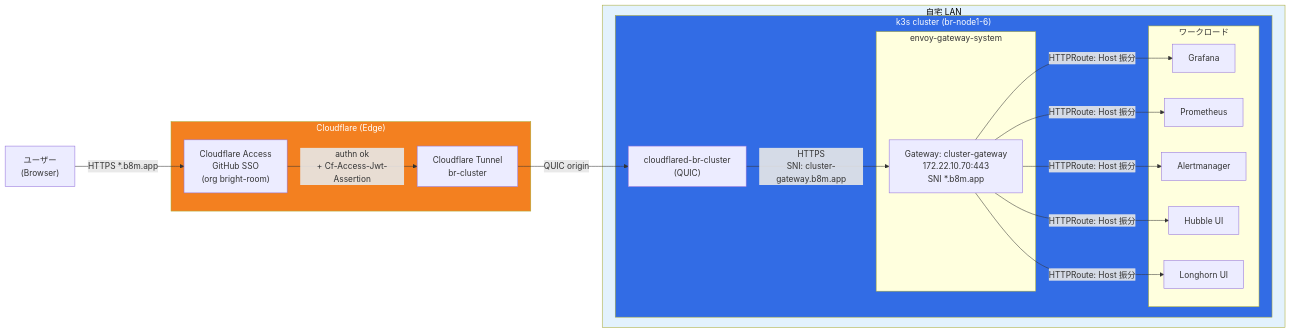
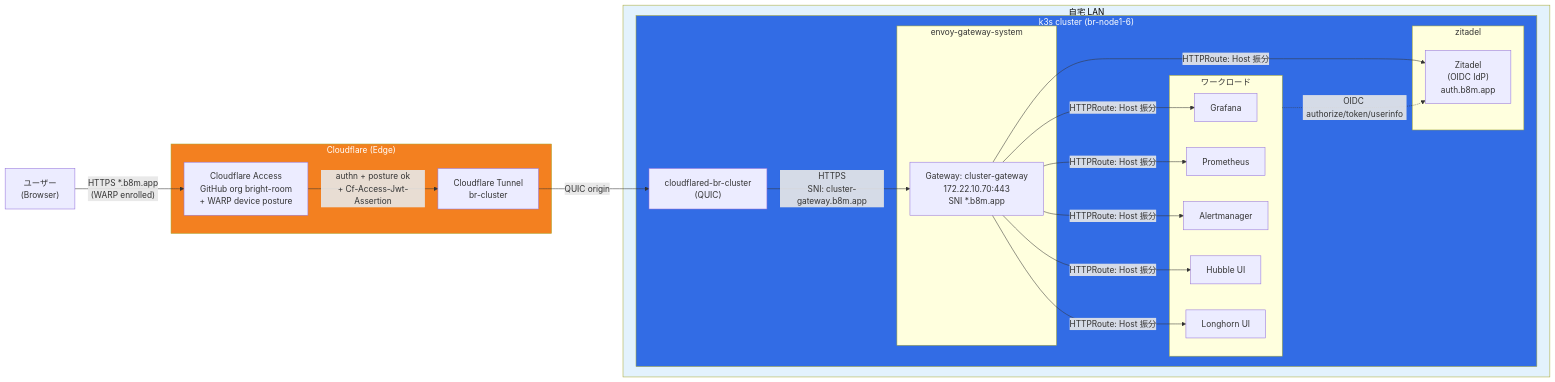
One commit to bright-room/br-cluster changed the diagram in docs/architecture.md. Above: the diagram before and after it, drawn with Mermaid. The commit also changed other lines of this file and 1 other file, not shown here.

First line of the commit message:
docs: rewrite auth section for Zitadel OIDC and scaffold manifests/apps/

````diff
--- a/docs/architecture.md
+++ b/docs/architecture.md
@@ -7,38 +7,43 @@
 ```mermaid
 graph LR
   user["ユーザー<br/>(Browser)"]
 
   subgraph cloudflare["Cloudflare (Edge)"]
-    access["Cloudflare Access<br/>GitHub SSO<br/>(org bright-room)"]
+    access["Cloudflare Access<br/>GitHub org bright-room<br/>+ WARP device posture"]
     tunnel["Cloudflare Tunnel<br/>br-cluster"]
   end
 
-  user -->|"HTTPS *.b8m.app"| access
-  access -->|authn ok<br/>+ Cf-Access-Jwt-Assertion| tunnel
+  user -->|"HTTPS *.b8m.app<br/>(WARP enrolled)"| access
+  access -->|authn + posture ok<br/>+ Cf-Access-Jwt-Assertion| tunnel
 
   subgraph lan["自宅 LAN"]
     subgraph k3s["k3s cluster (br-node1-6)"]
       cfd["cloudflared-br-cluster<br/>(QUIC)"]
 
       subgraph eg["envoy-gateway-system"]
         egw["Gateway: cluster-gateway<br/>172.22.10.70:443<br/>SNI *.b8m.app"]
+      end
+
+      subgraph idp["zitadel"]
+        zit["Zitadel<br/>(OIDC IdP)<br/>auth.b8m.app"]
       end
 
       subgraph apps["ワークロード"]
         grafana[Grafana]
         prom[Prometheus]
         am[Alertmanager]
         hubble[Hubble UI]
         longhorn[Longhorn UI]
       end
     end
   end
 
   tunnel -->|QUIC origin| cfd
   cfd -->|HTTPS<br/>SNI: cluster-gateway.b8m.app| egw
-  egw -->|HTTPRoute: Host 振分| grafana & prom & am & hubble & longhorn
+  egw -->|HTTPRoute: Host 振分| grafana & prom & am & hubble & longhorn & zit
+  apps -.->|OIDC authorize/token/userinfo| zit
 
   style cloudflare fill:#f38020,color:#fff
   style lan fill:#e3f2fd,color:#000
   style k3s fill:#326ce5,color:#fff
 ```
````
